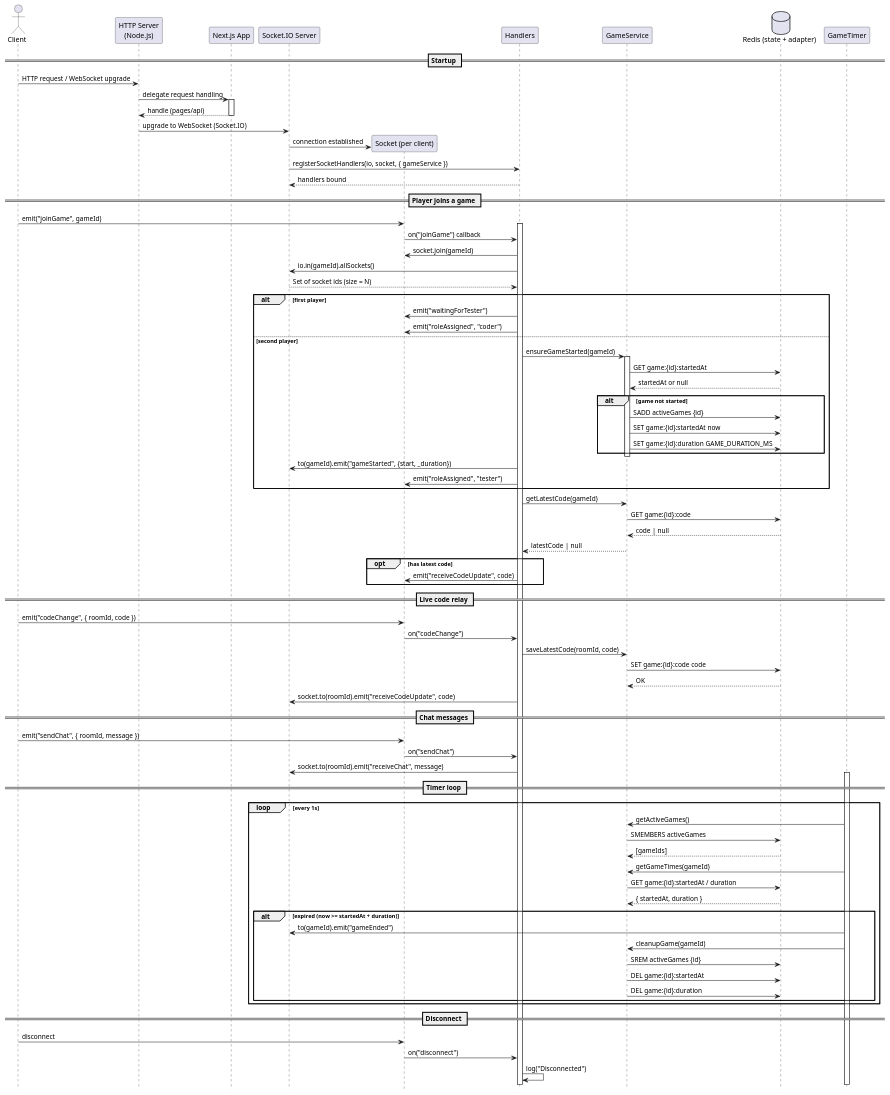
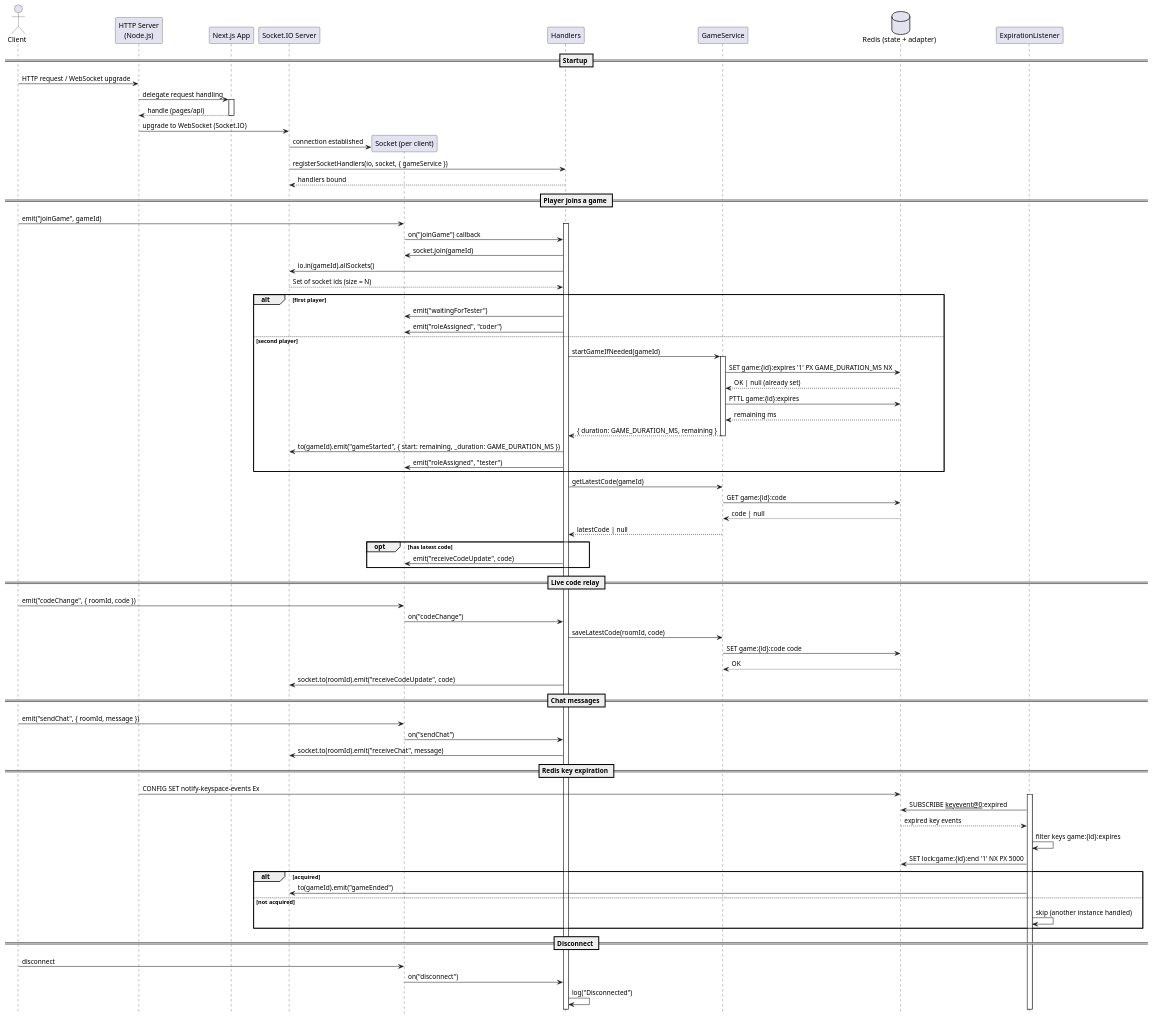
Before and after one commit to Capstone-Projects-2026-spring/project-code-battlegrounds-1-5: the diagram in server/server-sequence-diagram.puml, drawn with PlantUML.

Commit message:
update sequence diagram

```diff
--- a/server/server-sequence-diagram.puml
+++ b/server/server-sequence-diagram.puml
@@ -1,100 +1,93 @@
 @startuml
 ' Code BattleGrounds - Server Sequence Diagram
 ' Shows flow when the server receives socket signals and timer interactions
 
 skinparam linetype polyline
 hide footbox
 
 actor Client
 participant "HTTP Server\n(Node.js)" as Http
 participant "Next.js App" as Next
 participant "Socket.IO Server" as IO
 participant "Socket (per client)" as Sock
 participant "Handlers" as H
 participant "GameService" as GS
 database "Redis (state + adapter)" as R
-participant "GameTimer" as GT
+participant "ExpirationListener" as EL
 
 == Startup ==
 Client -> Http : HTTP request / WebSocket upgrade
 Http -> Next : delegate request handling
 activate Next
 Next --> Http : handle (pages/api)
 deactivate Next
 
 Http -> IO : upgrade to WebSocket (Socket.IO)
 create Sock
 IO -> Sock : connection established
 IO -> H : registerSocketHandlers(io, socket, { gameService })
 H --> IO : handlers bound
 
 == Player joins a game ==
 Client -> Sock : emit("joinGame", gameId)
 activate H
 Sock -> H : on("joinGame") callback
 H -> Sock : socket.join(gameId)
 H -> IO : io.in(gameId).allSockets()
 IO --> H : Set of socket ids (size = N)
 alt first player
   H -> Sock : emit("waitingForTester")
   H -> Sock : emit("roleAssigned", "coder")
 else second player
-  H -> GS : ensureGameStarted(gameId)
+  H -> GS : startGameIfNeeded(gameId)
   activate GS
-  GS -> R : GET game:{id}:startedAt
-  R --> GS : startedAt or null
-  alt game not started
-    GS -> R : SADD activeGames {id}
-    GS -> R : SET game:{id}:startedAt now
-    GS -> R : SET game:{id}:duration GAME_DURATION_MS
-  end
+  GS -> R : SET game:{id}:expires '1' PX GAME_DURATION_MS NX
+  R --> GS : OK | null (already set)
+  GS -> R : PTTL game:{id}:expires
+  R --> GS : remaining ms
+  GS --> H : { duration: GAME_DURATION_MS, remaining }
   deactivate GS
-  H -> IO : to(gameId).emit("gameStarted", {start, _duration})
+  H -> IO : to(gameId).emit("gameStarted", { start: remaining, _duration: GAME_DURATION_MS })
   H -> Sock : emit("roleAssigned", "tester")
 end
 
 H -> GS : getLatestCode(gameId)
 GS -> R : GET game:{id}:code
 R --> GS : code | null
 GS --> H : latestCode | null
 opt has latest code
   H -> Sock : emit("receiveCodeUpdate", code)
 end
 
 == Live code relay ==
 Client -> Sock : emit("codeChange", { roomId, code })
 Sock -> H : on("codeChange")
 H -> GS : saveLatestCode(roomId, code)
 GS -> R : SET game:{id}:code code
 R --> GS : OK
 H -> IO : socket.to(roomId).emit("receiveCodeUpdate", code)
 
 == Chat messages ==
 Client -> Sock : emit("sendChat", { roomId, message })
 Sock -> H : on("sendChat")
 H -> IO : socket.to(roomId).emit("receiveChat", message)
 
-== Timer loop ==
-activate GT
-loop every 1s
-  GT -> GS : getActiveGames()
-  GS -> R : SMEMBERS activeGames
-  R --> GS : [gameIds]
-  GT -> GS : getGameTimes(gameId)
-  GS -> R : GET game:{id}:startedAt / duration
-  R --> GS : { startedAt, duration }
-  alt expired (now >= startedAt + duration)
-    GT -> IO : to(gameId).emit("gameEnded")
-    GT -> GS : cleanupGame(gameId)
-    GS -> R : SREM activeGames {id}
-    GS -> R : DEL game:{id}:startedAt
-    GS -> R : DEL game:{id}:duration
-  end
+== Redis key expiration ==
+Http -> R : CONFIG SET notify-keyspace-events Ex
+activate EL
+EL -> R : SUBSCRIBE __keyevent@0__:expired
+R --> EL : expired key events
+EL -> EL : filter keys game:{id}:expires
+EL -> R : SET lock:game:{id}:end '1' NX PX 5000
+alt acquired
+  EL -> IO : to(gameId).emit("gameEnded")
+else not acquired
+  EL -> EL : skip (another instance handled)
 end
 
 == Disconnect ==
 Client -> Sock : disconnect
 Sock -> H : on("disconnect")
 H -> H : log("Disconnected")
 
 @enduml
```
